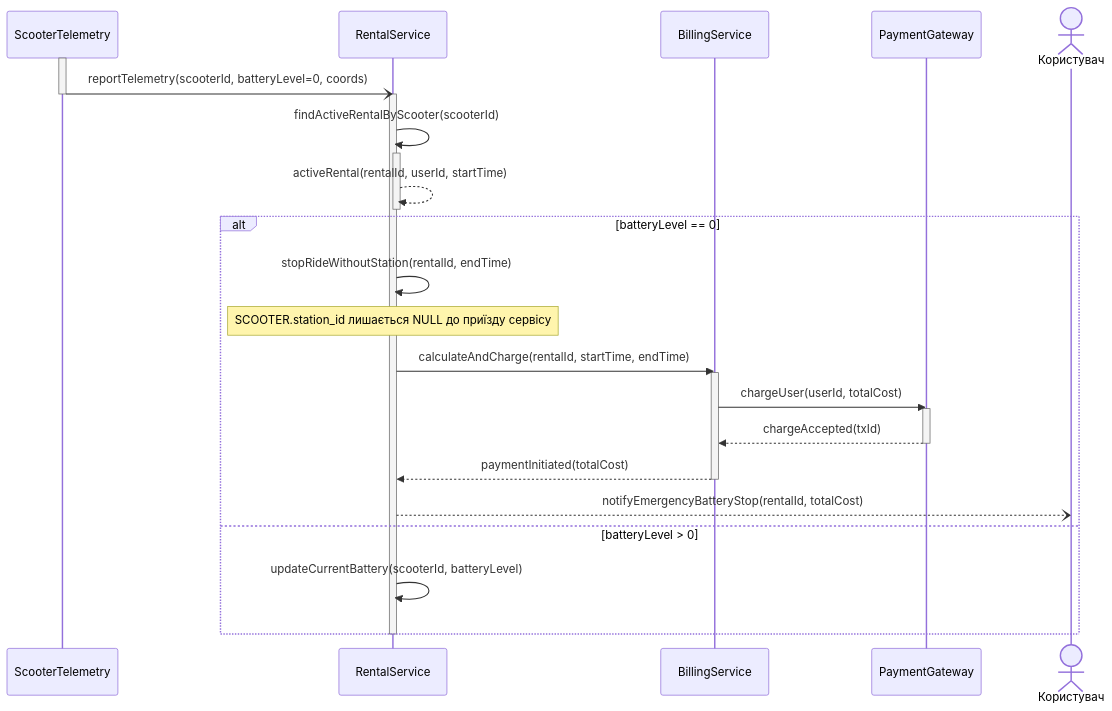
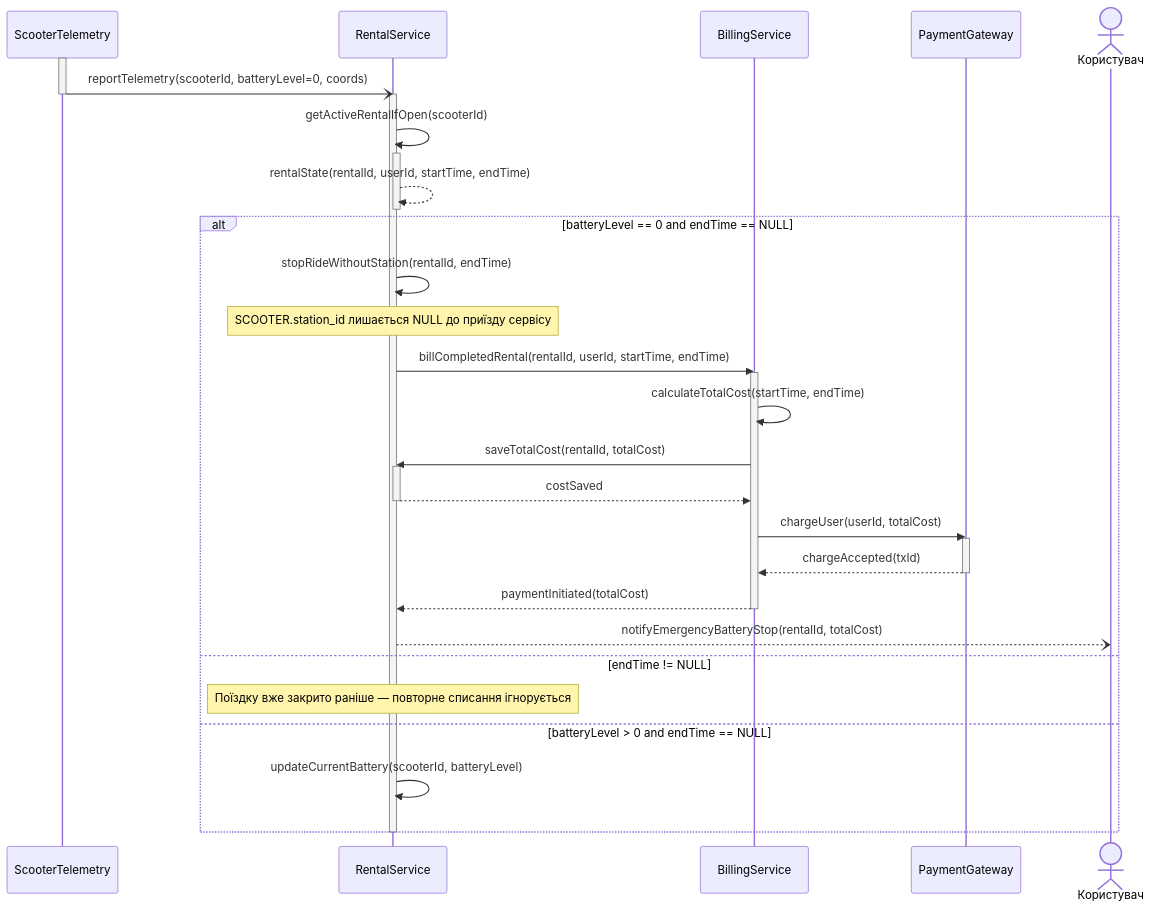
One commit to DmytroYevmenenko/Labs changed the diagram in lab3/diagrams/diagram4_battery_zero.md. Above: the diagram before and after it, drawn with Mermaid.

Commit message:
fix(lab3): add end_time == NULL idempotency guard for 0% battery telemetry

````diff
--- a/lab3/diagrams/diagram4_battery_zero.md
+++ b/lab3/diagrams/diagram4_battery_zero.md
@@ -3,35 +3,42 @@
 ```mermaid
 sequenceDiagram
     participant Scooter as ScooterTelemetry
     participant Rental as RentalService
     participant Billing as BillingService
     participant Gateway as PaymentGateway
     actor User as Користувач
 
     activate Scooter
     Scooter-)Rental: reportTelemetry(scooterId, batteryLevel=0, coords)
     deactivate Scooter
 
     activate Rental
-    Rental->>Rental: findActiveRentalByScooter(scooterId)
+    Rental->>Rental: getActiveRentalIfOpen(scooterId)
     activate Rental
-    Rental-->>Rental: activeRental(rentalId, userId, startTime)
+    Rental-->>Rental: rentalState(rentalId, userId, startTime, endTime)
     deactivate Rental
 
-    alt batteryLevel == 0
+    alt batteryLevel == 0 and endTime == NULL
         Rental->>Rental: stopRideWithoutStation(rentalId, endTime)
         Note over Rental: SCOOTER.station_id лишається NULL до приїзду сервісу
-        Rental->>Billing: calculateAndCharge(rentalId, startTime, endTime)
+        Rental->>Billing: billCompletedRental(rentalId, userId, startTime, endTime)
         activate Billing
+        Billing->>Billing: calculateTotalCost(startTime, endTime)
+        Billing->>Rental: saveTotalCost(rentalId, totalCost)
+        activate Rental
+        Rental-->>Billing: costSaved
+        deactivate Rental
         Billing->>Gateway: chargeUser(userId, totalCost)
         activate Gateway
         Gateway-->>Billing: chargeAccepted(txId)
         deactivate Gateway
         Billing-->>Rental: paymentInitiated(totalCost)
         deactivate Billing
         Rental--)User: notifyEmergencyBatteryStop(rentalId, totalCost)
-    else batteryLevel > 0
+    else endTime != NULL
+        Note over Rental: Поїздку вже закрито раніше — повторне списання ігнорується
+    else batteryLevel > 0 and endTime == NULL
         Rental->>Rental: updateCurrentBattery(scooterId, batteryLevel)
     end
     deactivate Rental
 ```
````
